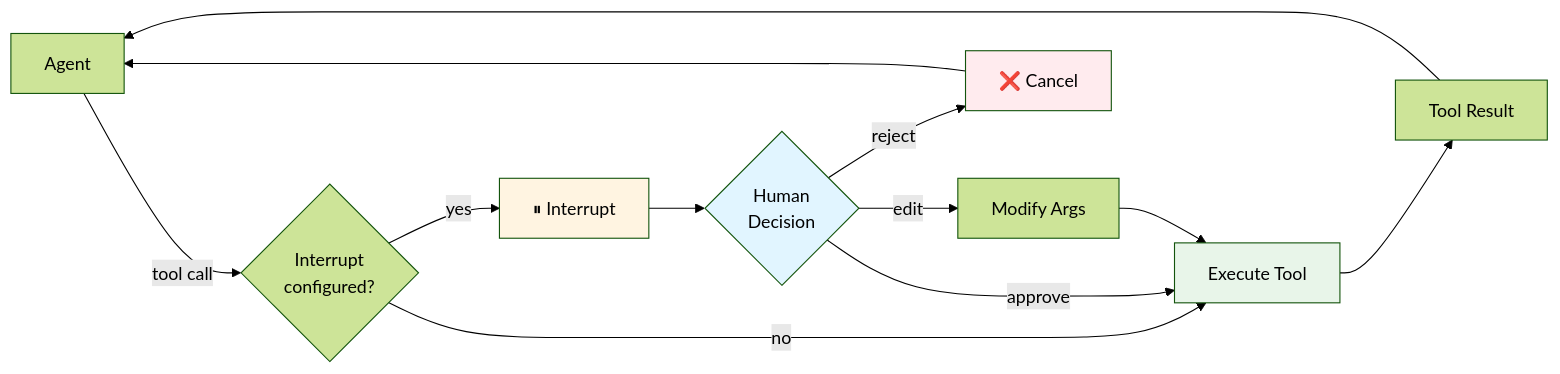
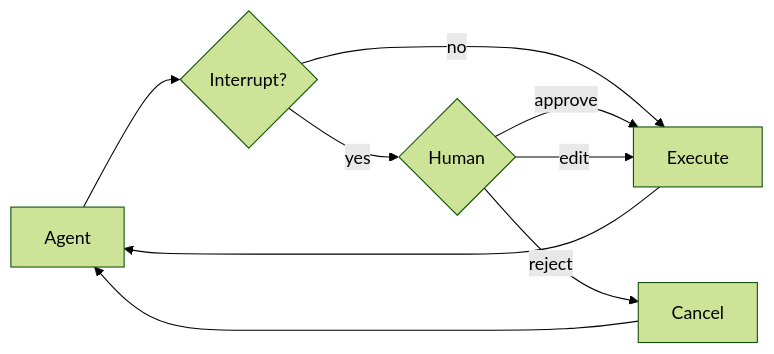
Before and after one commit to langchain-ai/docs: the diagram in src/oss/deepagents/human-in-the-loop.mdx, drawn with Mermaid (forest theme). The commit also changed 6 other files, not shown here.

````diff
--- a/src/oss/deepagents/human-in-the-loop.mdx
+++ b/src/oss/deepagents/human-in-the-loop.mdx
@@ -8,21 +8,13 @@
 ```mermaid
 graph LR
-    Agent[Agent] --> |tool call| Check{Interrupt<br/>configured?}
-    Check --> |no| Execute[Execute Tool]
-    Check --> |yes| Interrupt[⏸ Interrupt]
+    Agent[Agent] --> Check{Interrupt?}
+    Check --> |no| Execute[Execute]
+    Check --> |yes| Human{Human}
 
-    Interrupt --> Human{Human<br/>Decision}
     Human --> |approve| Execute
-    Human --> |edit| Modify[Modify Args]
-    Modify --> Execute
-    Human --> |reject| Cancel[❌ Cancel]
+    Human --> |edit| Execute
+    Human --> |reject| Cancel[Cancel]
 
-    Execute --> Result[Tool Result]
-    Result --> Agent
+    Execute --> Agent
     Cancel --> Agent
-
-    style Interrupt fill:#fff4e1
-    style Human fill:#e1f5ff
-    style Execute fill:#e8f5e9
-    style Cancel fill:#ffebee
 ```
````
